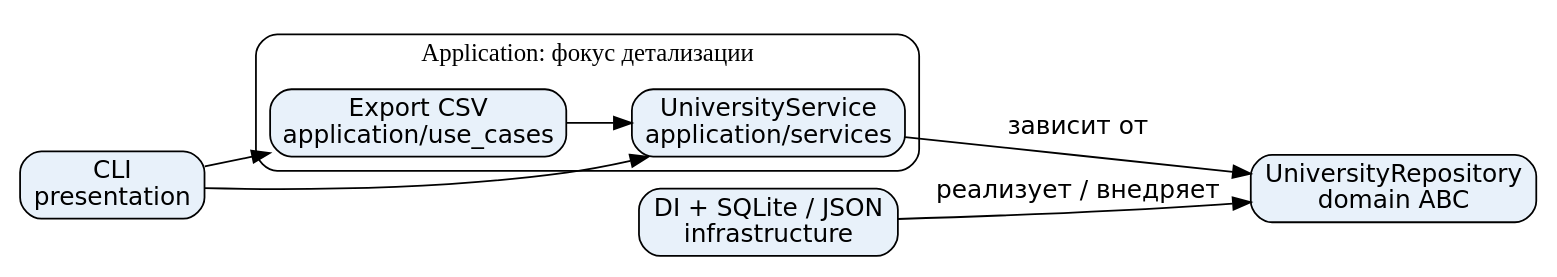
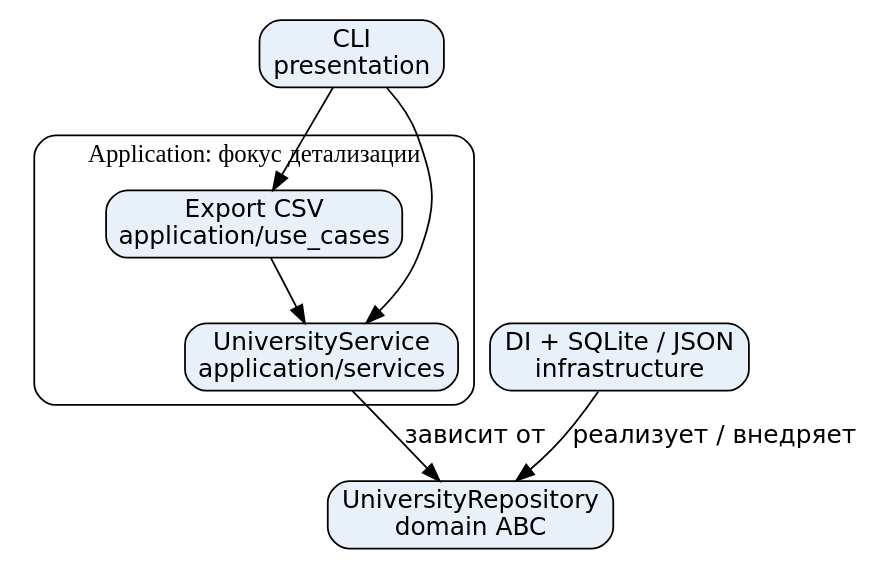
Before and after one commit to konstmalinin-maker/variant-5-modular: the diagram in docs/c4-components.dot, drawn with Graphviz. The commit also changed 62 other files, not shown here.

```diff
--- a/docs/c4-components.dot
+++ b/docs/c4-components.dot
@@ -1,1 +1,1 @@
-digraph C4 { rankdir=LR; node [shape=box,style="rounded,filled",fillcolor="#e8f1fa",fontname="DejaVu Sans"]; edge [fontname="DejaVu Sans"]; cli [label="CLI\npresentation"]; csv [label="Export CSV\napplication/use_cases"]; svc [label="UniversityService\napplication/services"]; port [label="UniversityRepository\ndomain ABC"]; infra [label="DI + SQLite / JSON\ninfrastructure"]; subgraph cluster_application { label="Application: фокус детализации"; style="rounded"; svc; csv; } cli -> svc; cli -> csv; csv -> svc; svc -> port [label="зависит от"]; infra -> port [label="реализует / внедряет"];}
+digraph C4 { rankdir=TB; node [shape=box,style="rounded,filled",fillcolor="#e8f1fa",fontname="DejaVu Sans"]; edge [fontname="DejaVu Sans"]; cli [label="CLI\npresentation"]; csv [label="Export CSV\napplication/use_cases"]; svc [label="UniversityService\napplication/services"]; port [label="UniversityRepository\ndomain ABC"]; infra [label="DI + SQLite / JSON\ninfrastructure"]; subgraph cluster_application { label="Application: фокус детализации"; style="rounded"; svc; csv; } cli -> svc; cli -> csv; csv -> svc; svc -> port [label="зависит от"]; infra -> port [label="реализует / внедряет"];}
```
